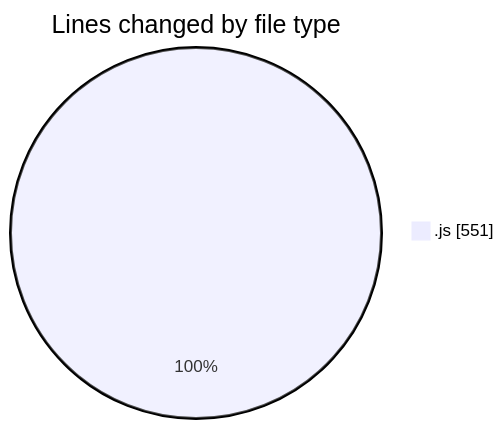
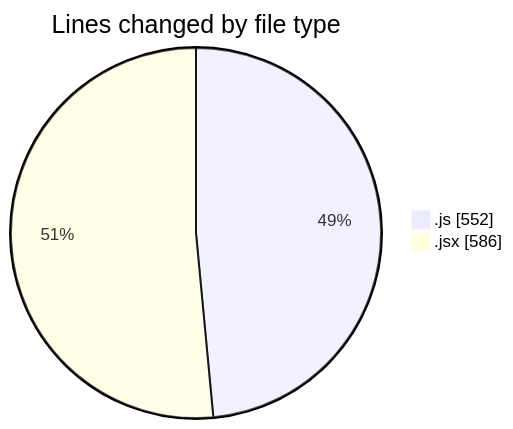
One commit to nxtqubesakshisongat/code-tracking changed the first of 2 diagrams in 2025-11-16/argos/README.md. Above: the diagram before and after it, drawn with Mermaid. The commit also changed other lines of this file and 1 other file, not shown here.

````diff
--- a/2025-11-16/argos/README.md
+++ b/2025-11-16/argos/README.md
@@ -23,5 +24,6 @@
 ```mermaid
 pie showData
 title Lines changed by file type
-".js" : 551
+".js" : 552
+".jsx" : 586
 ```
````
